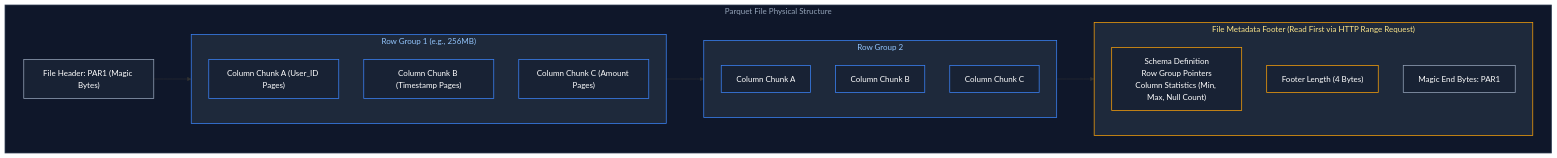
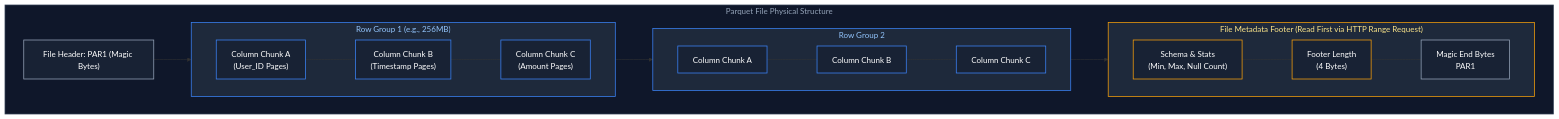
One commit to joydeep-biswas/Interview-Preparation changed the second of 16 diagrams in Data Engineering/07_file_formats_and_storage.md. Above: the diagram before and after it, drawn with Mermaid. The commit also changed other lines of this file and 76 other files, not shown here.

Commit message:
Updated Charts

````diff
--- a/Data Engineering/07_file_formats_and_storage.md
+++ b/Data Engineering/07_file_formats_and_storage.md
@@ -162,42 +165,41 @@
 ```mermaid
 flowchart TD
     subgraph ParquetFile ["Parquet File Physical Structure"]
         H["File Header: PAR1 (Magic Bytes)"]
         
         subgraph RG1 ["Row Group 1 (e.g., 256MB)"]
-            CC1["Column Chunk A (User_ID Pages)"]
-            CC2["Column Chunk B (Timestamp Pages)"]
-            CC3["Column Chunk C (Amount Pages)"]
+            direction LR
+            CC1["Column Chunk A<br/>(User_ID Pages)"] --- CC2["Column Chunk B<br/>(Timestamp Pages)"] --- CC3["Column Chunk C<br/>(Amount Pages)"]
         end
 
         subgraph RG2 ["Row Group 2"]
-            CC4["Column Chunk A"]
-            CC5["Column Chunk B"]
-            CC6["Column Chunk C"]
+            direction LR
+            CC4["Column Chunk A"] --- CC5["Column Chunk B"] --- CC6["Column Chunk C"]
         end
 
         subgraph Footer ["File Metadata Footer (Read First via HTTP Range Request)"]
-            Meta["Schema Definition<br/>Row Group Pointers<br/>Column Statistics (Min, Max, Null Count)"]
-            FLength["Footer Length (4 Bytes)"]
-            MagicEnd["Magic End Bytes: PAR1"]
+            direction LR
+            Meta["Schema & Stats<br/>(Min, Max, Null Count)"] --- FLength["Footer Length<br/>(4 Bytes)"] --- MagicEnd["Magic End Bytes<br/>PAR1"]
         end
 
-        H --> RG1 --> RG2 --> Footer
+        H --> CC2
+        CC2 --> CC5
+        CC5 --> Meta
     end
 
     style ParquetFile fill:#0f172a,stroke:#334155,stroke-width:1.5px,color:#94a3b8
     style RG1 fill:#1e293b,stroke:#3b82f6,stroke-width:1.5px,color:#93c5fd
     style RG2 fill:#1e293b,stroke:#3b82f6,stroke-width:1.5px,color:#93c5fd
     style Footer fill:#1e293b,stroke:#f59e0b,stroke-width:1.5px,color:#fde68a
 
     style H fill:#182234,stroke:#94a3b8,stroke-width:1.5px,color:#fff
     style CC1 fill:#182234,stroke:#3b82f6,stroke-width:1.5px,color:#fff
     style CC2 fill:#182234,stroke:#3b82f6,stroke-width:1.5px,color:#fff
     style CC3 fill:#182234,stroke:#3b82f6,stroke-width:1.5px,color:#fff
     style CC4 fill:#182234,stroke:#3b82f6,stroke-width:1.5px,color:#fff
     style CC5 fill:#182234,stroke:#3b82f6,stroke-width:1.5px,color:#fff
     style CC6 fill:#182234,stroke:#3b82f6,stroke-width:1.5px,color:#fff
     style Meta fill:#182234,stroke:#f59e0b,stroke-width:1.5px,color:#fff
     style FLength fill:#182234,stroke:#f59e0b,stroke-width:1.5px,color:#fff
     style MagicEnd fill:#182234,stroke:#94a3b8,stroke-width:1.5px,color:#fff
 ```
````
